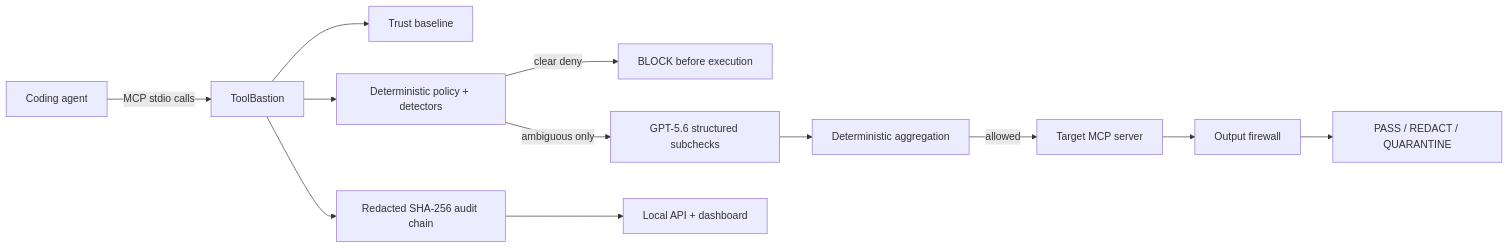
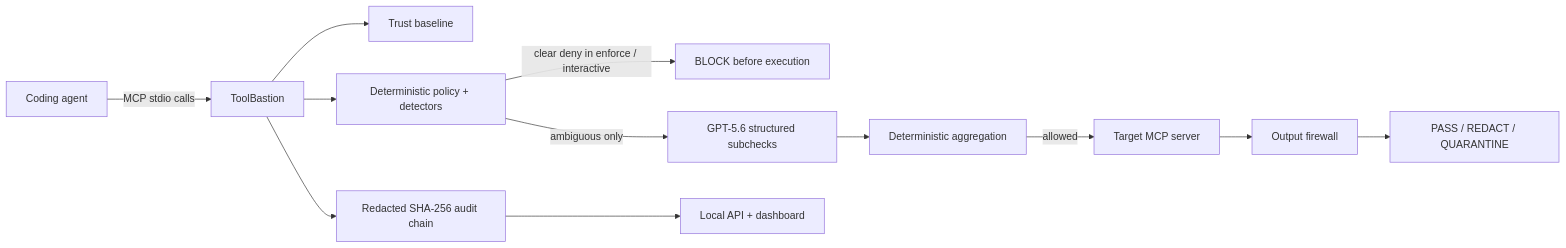
The diagram in README.md (MaharMuavia/toolbastion), drawn with Mermaid before and after one commit. The commit also changed other lines of this file and 66 other files, not shown here.

````diff
--- a/README.md
+++ b/README.md
@@ -65,14 +84,14 @@
 ```mermaid
 flowchart LR
   A["Coding agent"] -->|"MCP stdio calls"| W["ToolBastion"]
   W --> T["Trust baseline"]
   W --> D["Deterministic policy + detectors"]
-  D -->|"clear deny"| B["BLOCK before execution"]
+  D -->|"clear deny in enforce / interactive"| B["BLOCK before execution"]
   D -->|"ambiguous only"| G["GPT-5.6 structured subchecks"]
   G --> E["Deterministic aggregation"]
   E -->|"allowed"| M["Target MCP server"]
   M --> O["Output firewall"]
   O --> R["PASS / REDACT / QUARANTINE"]
   W --> H["Redacted SHA-256 audit chain"]
   H --> API["Local API + dashboard"]
 ```
````
